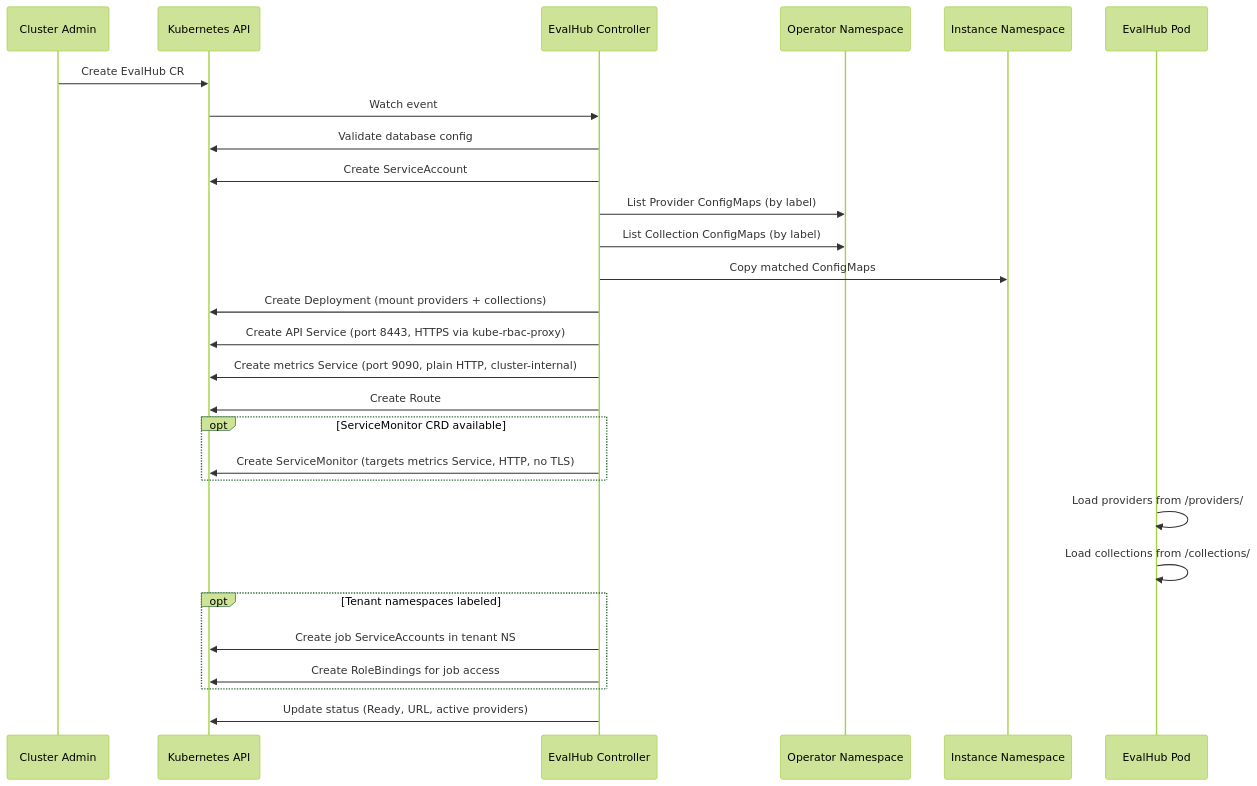
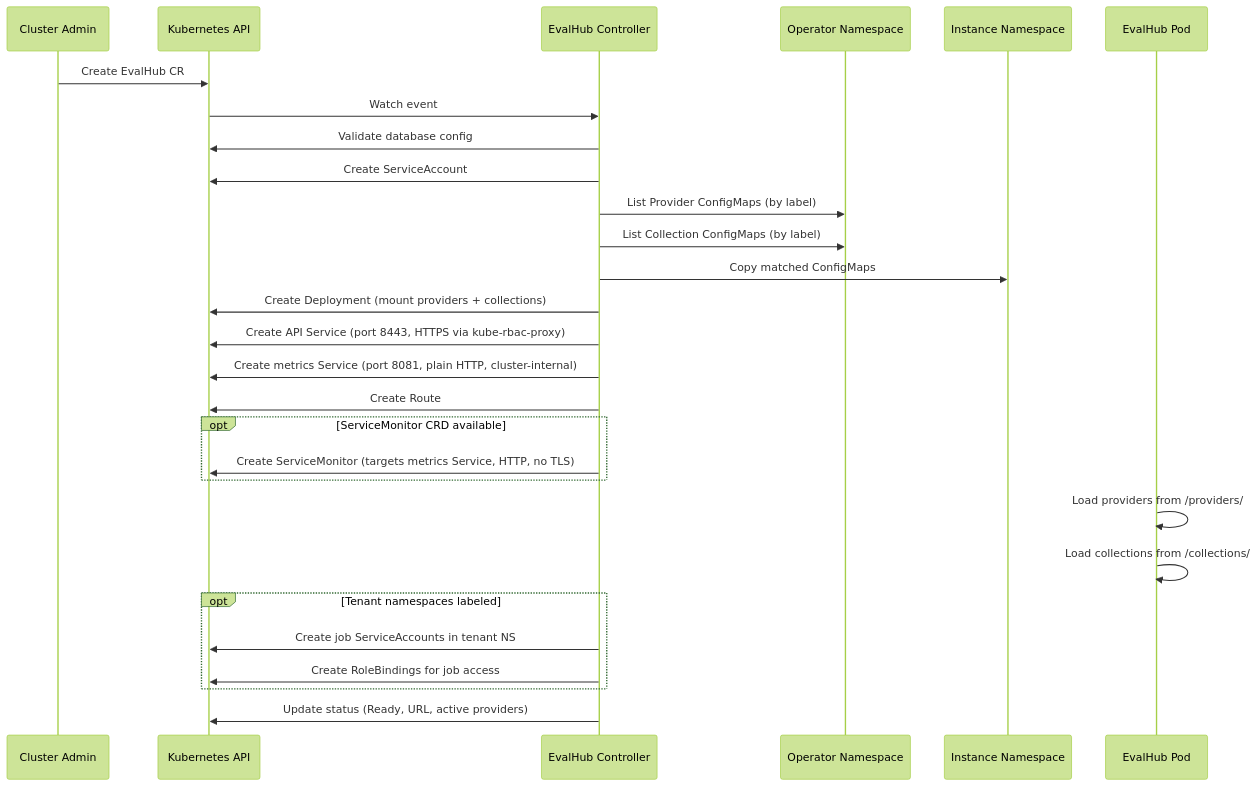
Before and after one commit to trustyai-explainability/trustyai-service-operator: the seventh of 9 diagrams in ARCHITECTURE.md, drawn with Mermaid (forest theme). The commit also changed other lines of this file and 2 other files, not shown here.

Commit message:
fix(evalhub): change metrics port from 9090 to 8081 (#767)

````diff
--- a/ARCHITECTURE.md
+++ b/ARCHITECTURE.md
@@ -298,38 +298,38 @@
 ```mermaid
 sequenceDiagram
     participant Admin as Cluster Admin
     participant K8sAPI as Kubernetes API
     participant EH as EvalHub Controller
     participant OpNS as Operator Namespace
     participant InstanceNS as Instance Namespace
     participant EHPod as EvalHub Pod
 
     Admin->>K8sAPI: Create EvalHub CR
     K8sAPI->>EH: Watch event
 
     EH->>K8sAPI: Validate database config
     EH->>K8sAPI: Create ServiceAccount
 
     EH->>OpNS: List Provider ConfigMaps (by label)
     EH->>OpNS: List Collection ConfigMaps (by label)
     EH->>InstanceNS: Copy matched ConfigMaps
 
     EH->>K8sAPI: Create Deployment (mount providers + collections)
     EH->>K8sAPI: Create API Service (port 8443, HTTPS via kube-rbac-proxy)
-    EH->>K8sAPI: Create metrics Service (port 9090, plain HTTP, cluster-internal)
+    EH->>K8sAPI: Create metrics Service (port 8081, plain HTTP, cluster-internal)
     EH->>K8sAPI: Create Route
 
     opt ServiceMonitor CRD available
         EH->>K8sAPI: Create ServiceMonitor (targets metrics Service, HTTP, no TLS)
     end
 
     EHPod->>EHPod: Load providers from /providers/
     EHPod->>EHPod: Load collections from /collections/
 
     opt Tenant namespaces labeled
         EH->>K8sAPI: Create job ServiceAccounts in tenant NS
         EH->>K8sAPI: Create RoleBindings for job access
     end
 
     EH->>K8sAPI: Update status (Ready, URL, active providers)
 ```
````
